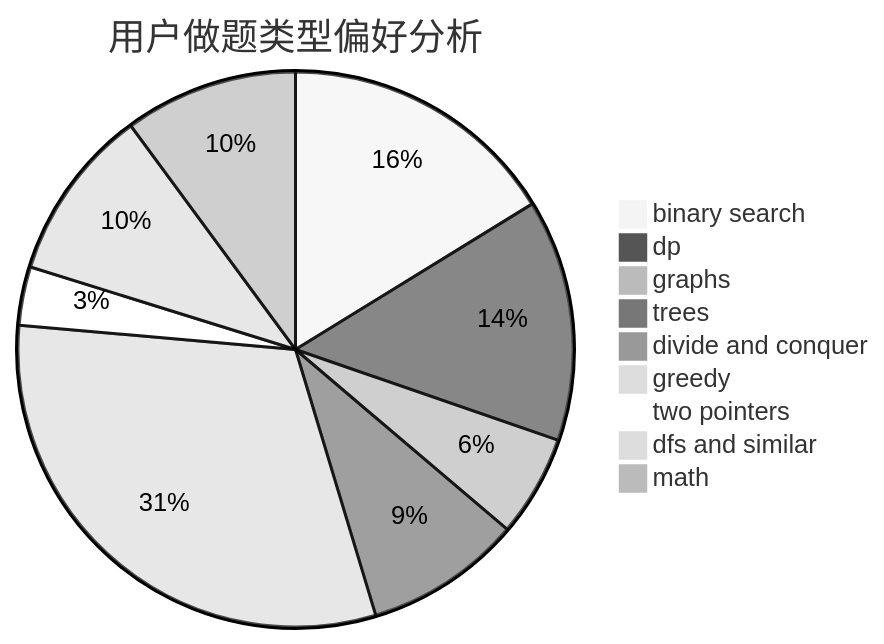
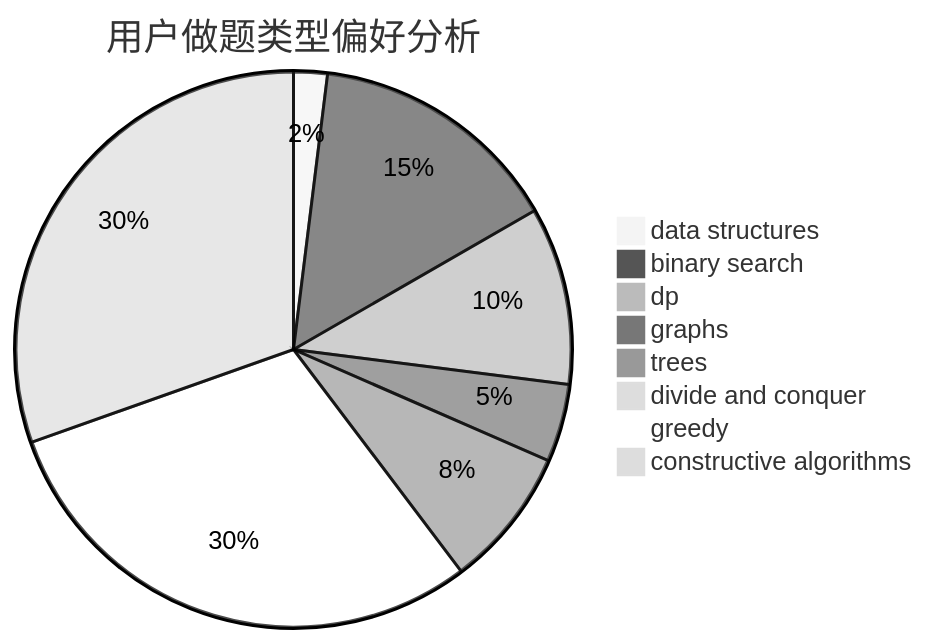
One commit to sherpahu/cfrs.github.io changed the second of 3 diagrams in docs/user/u2270.md. Above: the diagram before and after it, drawn with Mermaid (neutral theme). The commit also changed other lines of this file and 2775 other files, not shown here.

````diff
--- a/docs/user/u2270.md
+++ b/docs/user/u2270.md
@@ -23,12 +23,11 @@
 ```mermaid
 pie title 用户做题类型偏好分析
-    "binary search" :  233
-    "dp" :  202
-    "graphs" :  85
-    "trees" :  131
-    "divide and conquer" :  5
-    "greedy" :  446
-    "two pointers" :  49
-    "dfs and similar" :  145
-    "math" :  145
+    "data structures" :  26
+    "binary search" :  195
+    "dp" :  137
+    "graphs" :  60
+    "trees" :  108
+    "divide and conquer" :  0
+    "greedy" :  396
+    "constructive algorithms" :  403
 ```
````
